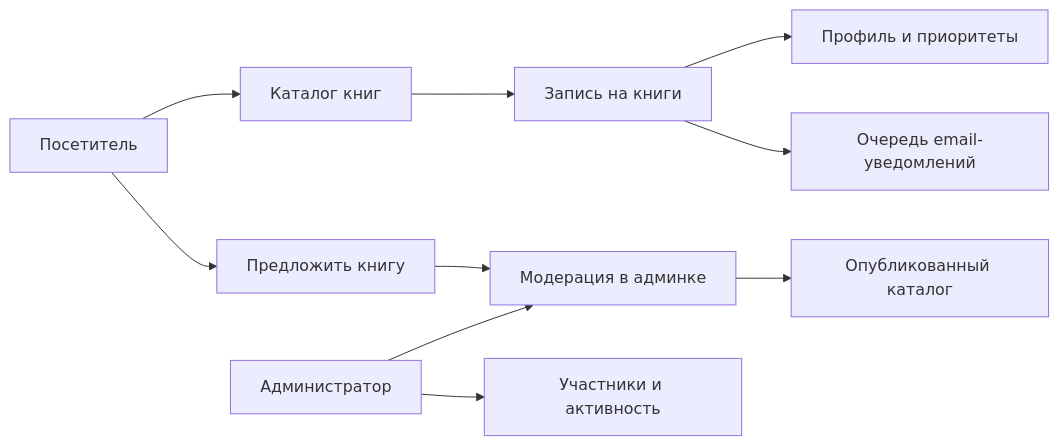
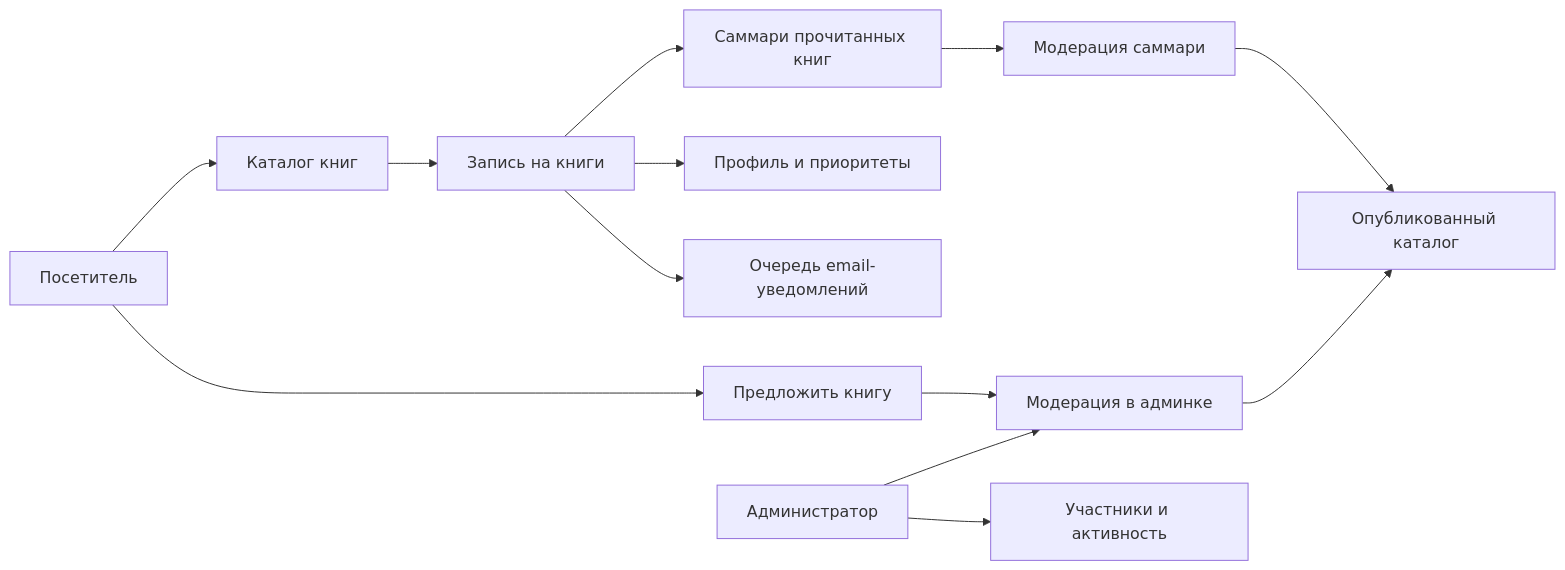
The diagram in docs/wiki/Home.md (bon2362/book-club), drawn with Mermaid before and after one commit. The commit also changed other lines of this file and 50 other files, not shown here.

````diff
--- a/docs/wiki/Home.md
+++ b/docs/wiki/Home.md
@@ -32,12 +33,15 @@
 ```mermaid
 flowchart LR
     Visitor["Посетитель"] --> Catalog["Каталог книг"]
     Catalog --> Signup["Запись на книги"]
+    Signup --> Summaries["Саммари прочитанных книг"]
     Visitor --> Submission["Предложить книгу"]
     Signup --> Profile["Профиль и приоритеты"]
+    Summaries --> SummaryModeration["Модерация саммари"]
     Submission --> Moderation["Модерация в админке"]
     Moderation --> Books["Опубликованный каталог"]
+    SummaryModeration --> Books
     Signup --> Digest["Очередь email-уведомлений"]
     Admin["Администратор"] --> Moderation
     Admin --> Users["Участники и активность"]
 ```
````
